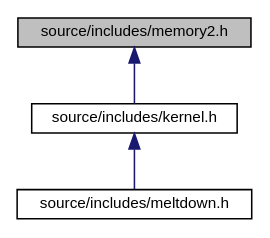
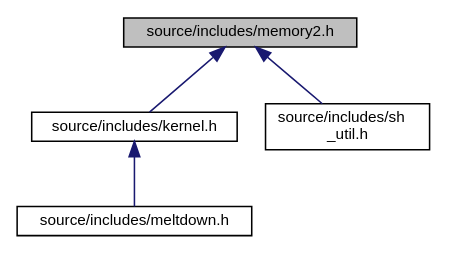
The diagram in memory2_8h__dep__incl.dot (Frost-Wing/doxygen-docs), drawn with Graphviz before and after one commit. The commit also changed 155 other files, not shown here.

```diff
--- a/memory2_8h__dep__incl.dot
+++ b/memory2_8h__dep__incl.dot
@@ -1,11 +1,13 @@
 digraph "source/includes/memory2.h"
 {
  // LATEX_PDF_SIZE
   edge [fontname="Helvetica",fontsize="10",labelfontname="Helvetica",labelfontsize="10"];
   node [fontname="Helvetica",fontsize="10",shape=record];
   Node1 [label="source/includes/memory2.h",height=0.2,width=0.4,color="black", fillcolor="grey75", style="filled", fontcolor="black",tooltip=" "];
   Node1 -> Node2 [dir="back",color="midnightblue",fontsize="10",style="solid",fontname="Helvetica"];
   Node2 [label="source/includes/kernel.h",height=0.2,width=0.4,color="black", fillcolor="white", style="filled",URL="$kernel_8h.html",tooltip="The basic requirement from kernel to other parts of the code."];
   Node2 -> Node3 [dir="back",color="midnightblue",fontsize="10",style="solid",fontname="Helvetica"];
   Node3 [label="source/includes/meltdown.h",height=0.2,width=0.4,color="black", fillcolor="white", style="filled",URL="$meltdown_8h.html",tooltip="The headers for meltdown.c."];
+  Node1 -> Node4 [dir="back",color="midnightblue",fontsize="10",style="solid",fontname="Helvetica"];
+  Node4 [label="source/includes/sh\l_util.h",height=0.2,width=0.4,color="black", fillcolor="white", style="filled",URL="$sh__util_8h.html",tooltip="Utils for fw shell."];
 }
```
